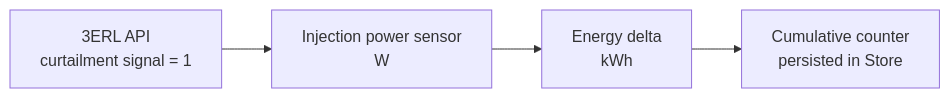
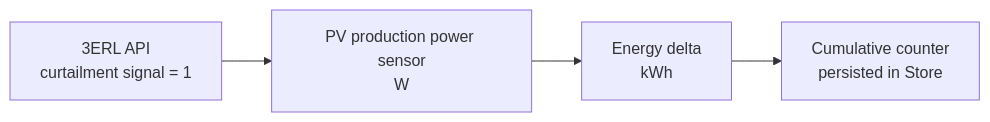
Before and after one commit to gounick/ha-zero-inject-3erl: the sixth of 6 diagrams in WORKFLOW.md, drawn with Mermaid. The commit also changed 11 other files, not shown here.

First line of the commit message:
Remove curtailable-power sensor; parse Heure_Update as timestamp

````diff
--- a/WORKFLOW.md
+++ b/WORKFLOW.md
@@ -114,6 +114,6 @@
 ```mermaid
 flowchart LR
-    A["3ERL API<br/>curtailment signal = 1"] --> B["Injection power sensor<br/>W"]
+    A["3ERL API<br/>curtailment signal = 1"] --> B["PV production power sensor<br/>W"]
     B --> C["Energy delta<br/>kWh"]
     C --> G["Cumulative counter<br/>persisted in Store"]
 ```
````
